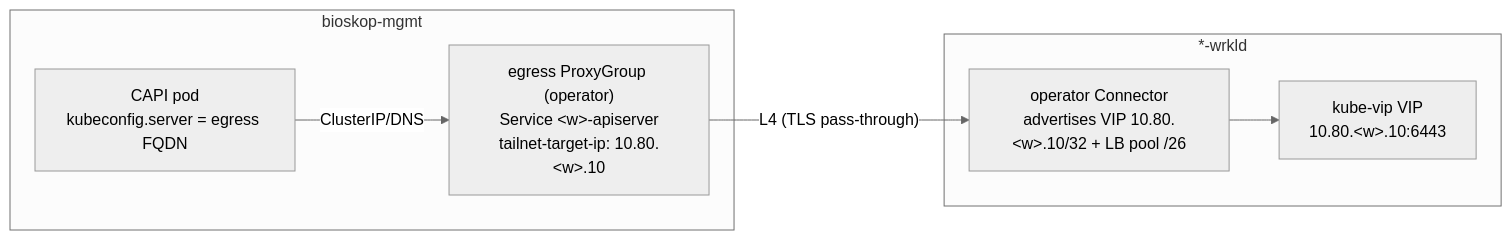
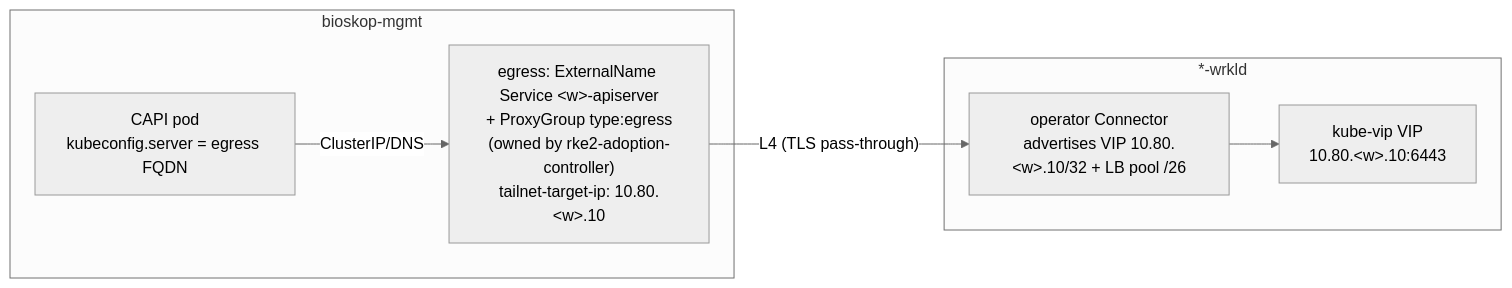
Before and after one commit to seedmatic/rke2lab: the sixth of 9 diagrams in docs/architecture/cluster-api/management-workload-topology.adoc, drawn with Mermaid (neutral theme). The commit also changed other lines of this file and 7 other files, not shown here.

```diff
--- a/docs/architecture/cluster-api/management-workload-topology.adoc
+++ b/docs/architecture/cluster-api/management-workload-topology.adoc
@@ -423,15 +423,15 @@
 [mermaid,topology-workload-egress,svg]
 ----
 flowchart LR
   subgraph MGMT["bioskop-mgmt"]
     CAPI["CAPI pod<br/>kubeconfig.server = egress FQDN"]
-    EG["egress ProxyGroup (operator)<br/>Service &lt;w&gt;-apiserver<br/>tailnet-target-ip: 10.80.&lt;w&gt;.10"]
+    EG["egress: ExternalName Service &lt;w&gt;-apiserver<br/>+ ProxyGroup type:egress<br/>(owned by rke2-adoption-controller)<br/>tailnet-target-ip: 10.80.&lt;w&gt;.10"]
   end
   subgraph W["*-wrkld"]
     CONN["operator Connector<br/>advertises VIP 10.80.&lt;w&gt;.10/32 + LB pool /26"]
     VIP["kube-vip VIP<br/>10.80.&lt;w&gt;.10:6443"]
   end
   CAPI -->|ClusterIP/DNS| EG
   EG -->|"L4 (TLS pass-through)"| CONN
   CONN --> VIP
 ----
```
